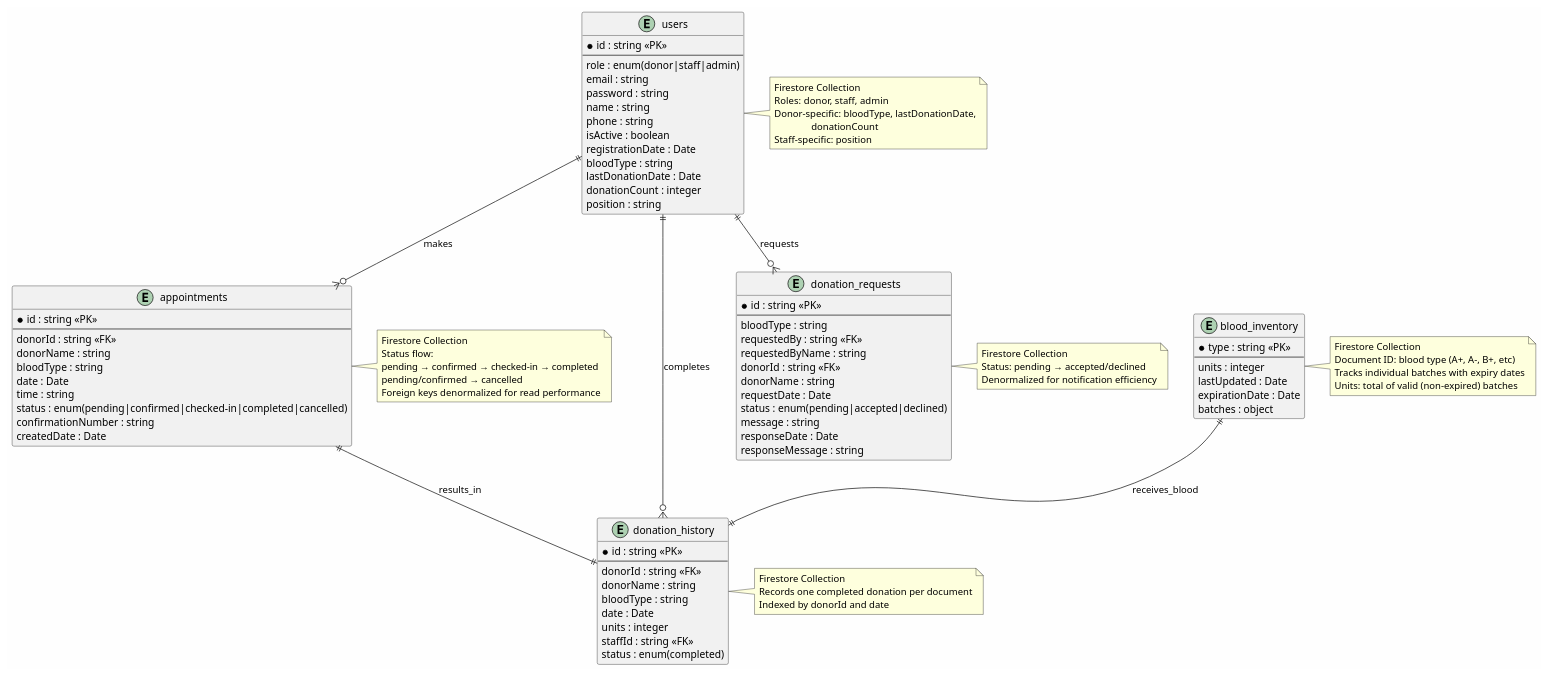
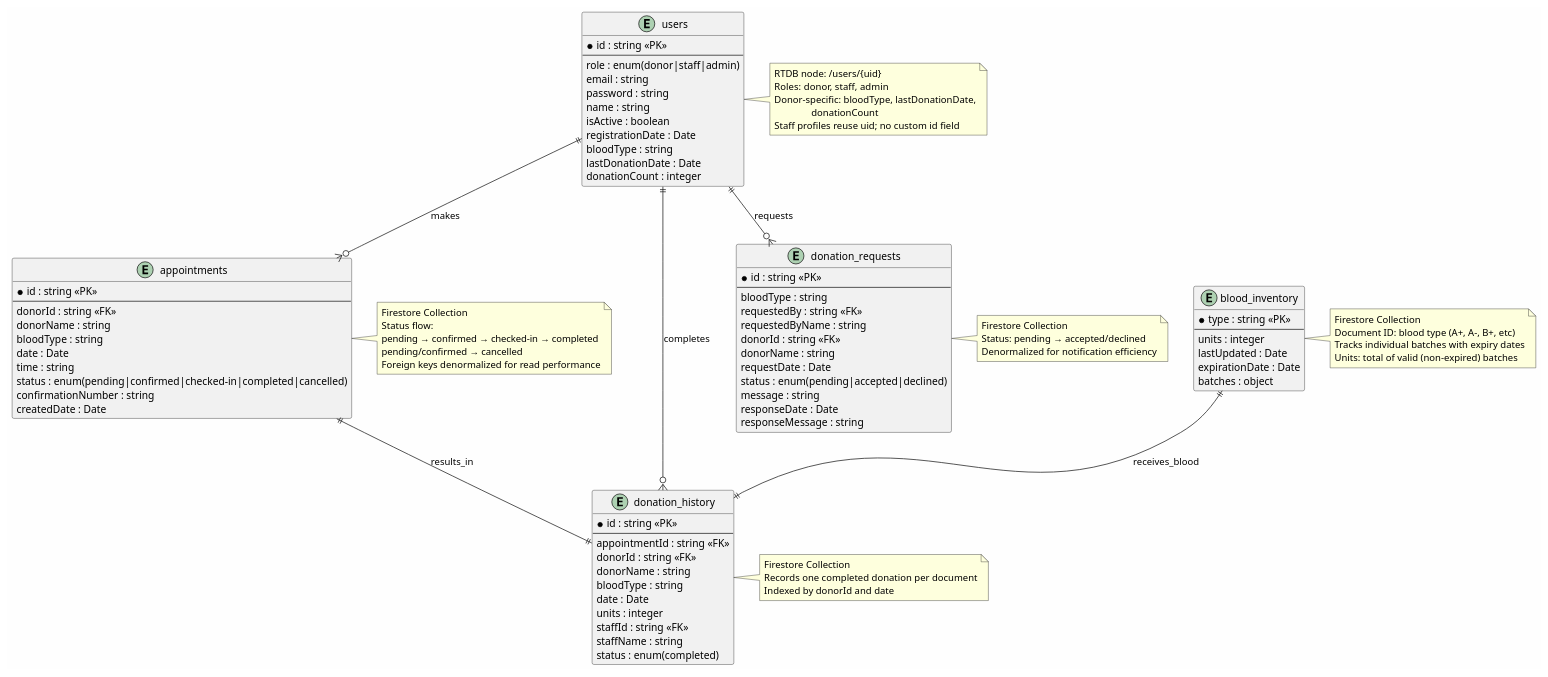
The diagram in docs/erd_diagram.puml (H1tRecord/Blood-Donation-Management-System), drawn with PlantUML before and after one commit. The commit also changed 6 other files, not shown here.

```diff
--- a/docs/erd_diagram.puml
+++ b/docs/erd_diagram.puml
@@ -1,111 +1,111 @@
 @startuml ERD_BloodDonationSystem
 skinparam style ubuntu
 skinparam backgroundColor #FEFEFE
 
 entity "users" as users {
   *id : string <<PK>>
   --
   role : enum(donor|staff|admin)
   email : string
   password : string
   name : string
-  phone : string
   isActive : boolean
   registrationDate : Date
   bloodType : string
   lastDonationDate : Date
   donationCount : integer
-  position : string
 }
 
 entity "appointments" as appointments {
   *id : string <<PK>>
   --
   donorId : string <<FK>>
   donorName : string
   bloodType : string
   date : Date
   time : string
   status : enum(pending|confirmed|checked-in|completed|cancelled)
   confirmationNumber : string
   createdDate : Date
 }
 
 entity "blood_inventory" as blood_inventory {
   *type : string <<PK>>
   --
   units : integer
   lastUpdated : Date
   expirationDate : Date
   batches : object
 }
 
 entity "donation_history" as donation_history {
   *id : string <<PK>>
   --
+  appointmentId : string <<FK>>
   donorId : string <<FK>>
   donorName : string
   bloodType : string
   date : Date
   units : integer
   staffId : string <<FK>>
+  staffName : string
   status : enum(completed)
 }
 
 entity "donation_requests" as donation_requests {
   *id : string <<PK>>
   --
   bloodType : string
   requestedBy : string <<FK>>
   requestedByName : string
   donorId : string <<FK>>
   donorName : string
   requestDate : Date
   status : enum(pending|accepted|declined)
   message : string
   responseDate : Date
   responseMessage : string
 }
 
 users ||--o{ appointments : makes
 users ||--o{ donation_history : completes
 users ||--o{ donation_requests : requests
 appointments ||--|| donation_history : results_in
 blood_inventory ||--|| donation_history : receives_blood
 
 note right of users
-  Firestore Collection
+  RTDB node: /users/{uid}
   Roles: donor, staff, admin
   Donor-specific: bloodType, lastDonationDate,
                  donationCount
-  Staff-specific: position
+  Staff profiles reuse uid; no custom id field
 end note
 
 note right of appointments
   Firestore Collection
   Status flow:
   pending → confirmed → checked-in → completed
   pending/confirmed → cancelled
   Foreign keys denormalized for read performance
 end note
 
 note right of blood_inventory
   Firestore Collection
   Document ID: blood type (A+, A-, B+, etc)
   Tracks individual batches with expiry dates
   Units: total of valid (non-expired) batches
 end note
 
 note right of donation_history
   Firestore Collection
   Records one completed donation per document
   Indexed by donorId and date
 end note
 
 note right of donation_requests
   Firestore Collection
   Status: pending → accepted/declined
   Denormalized for notification efficiency
 end note
 
 @enduml
```
